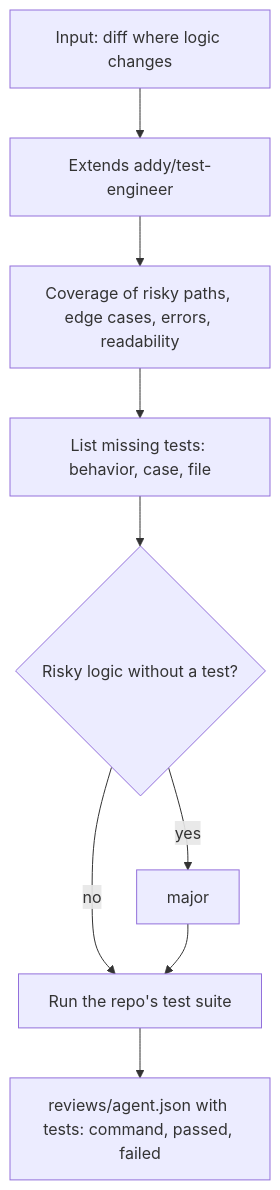
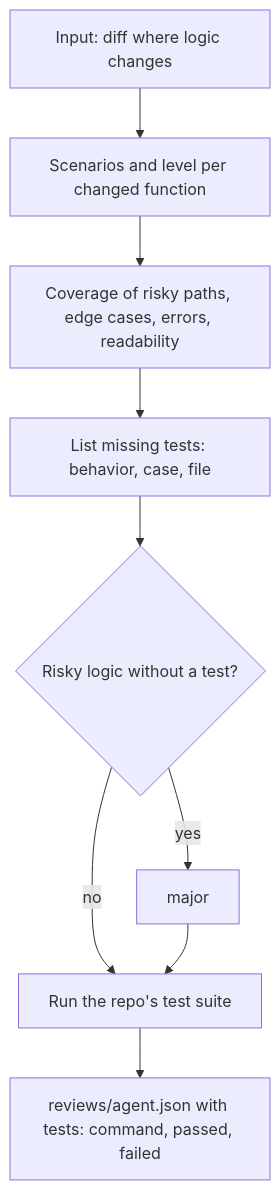
One commit to nicolasmondain/adorno changed the tenth of 10 diagrams in src/agents/review/SCHEMA.md. Above: the diagram before and after it, drawn with Mermaid. The commit also changed other lines of this file and 718 other files, not shown here.

````diff
--- a/src/agents/review/SCHEMA.md
+++ b/src/agents/review/SCHEMA.md
@@ -175,11 +166,11 @@
 ```mermaid
 flowchart TD
-  A["Input: diff where logic changes"] --> B["Extends addy/test-engineer"]
+  A["Input: diff where logic changes"] --> B["Scenarios and level per changed function"]
   B --> C["Coverage of risky paths, edge cases, errors, readability"]
   C --> D["List missing tests: behavior, case, file"]
   D --> E{"Risky logic without a test?"}
   E -->|"yes"| F["major"]
   E -->|"no"| G["Run the repo's test suite"]
   F --> G
   G --> H["reviews/agent.json with tests: command, passed, failed"]
 ```
````
